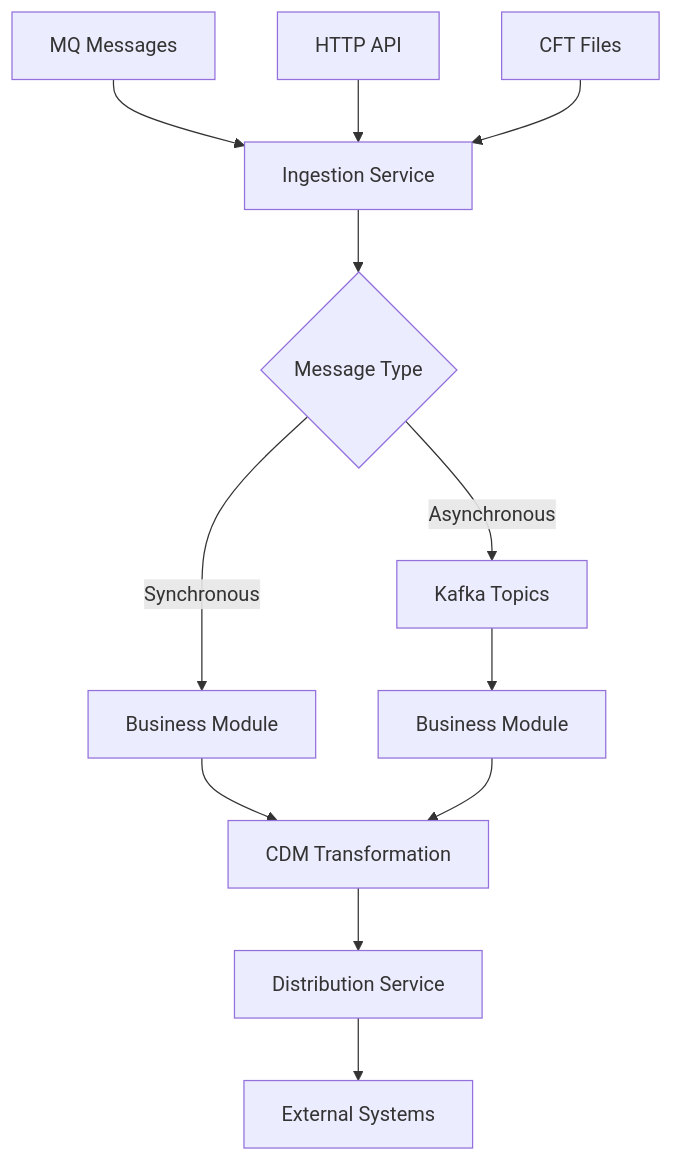
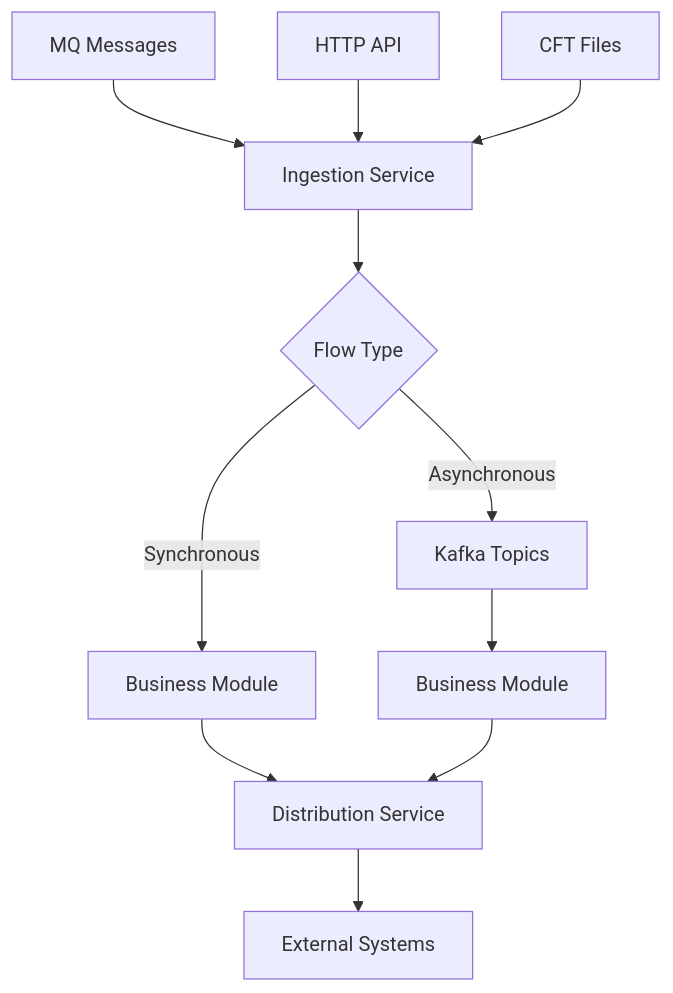
One commit to nasreddine1985/pixel-v2 changed the diagram in README.md. Above: the diagram before and after it, drawn with Mermaid. The commit also changed other lines of this file, not shown here.

Commit message:
(docs) update readme parent project

````diff
--- a/README.md
+++ b/README.md
@@ -36,14 +36,13 @@
 ```mermaid
 graph TD
     A[MQ Messages] --> D[Ingestion Service]
     B[HTTP API] --> D
     C[CFT Files] --> D
-    D --> E{Message Type}
+    D --> E{Flow Type}
     E -->|Synchronous| F[Business Module]
     E -->|Asynchronous| G[Kafka Topics]
-    F --> H[CDM Transformation]
+    F --> J[Distribution Service]
     G --> I[Business Module]
-    I --> H
-    H --> J[Distribution Service]
+    I --> J
     J --> K[External Systems]
 ```
````
